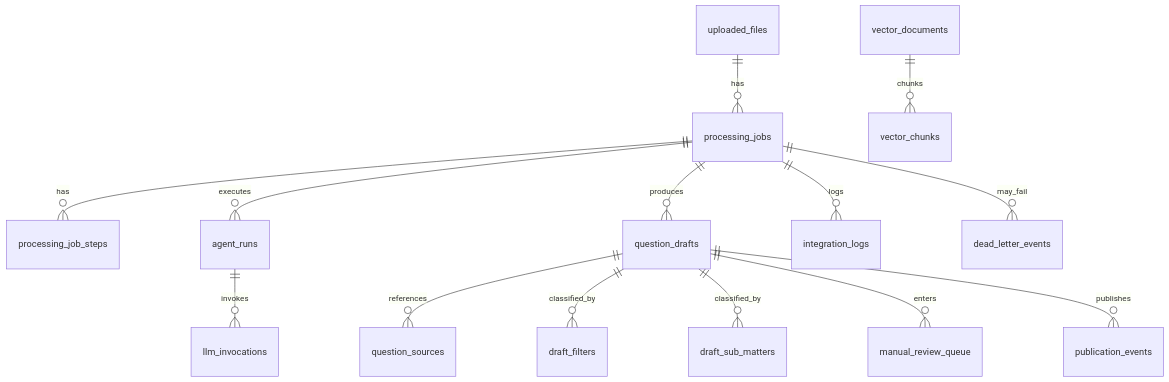
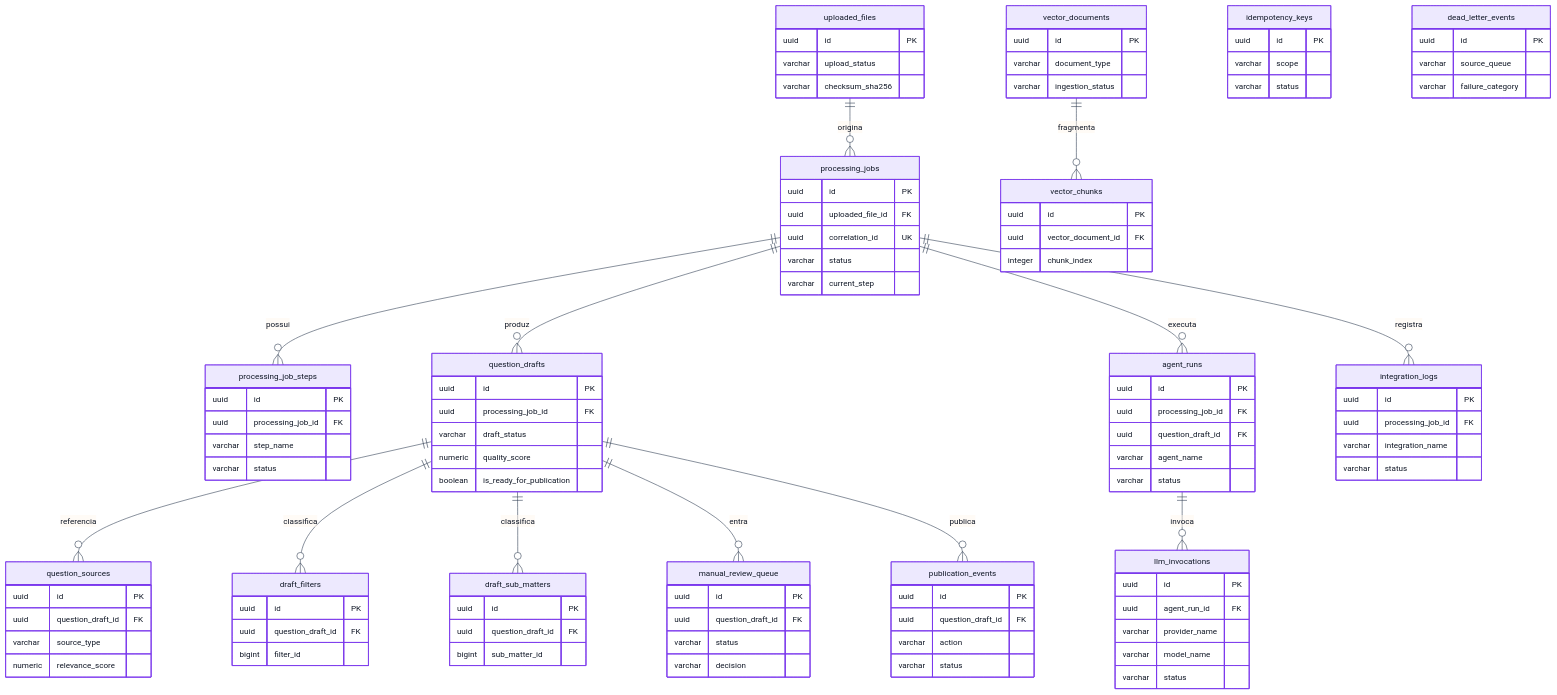
The fifth of 6 diagrams in README.md (matheusdiamantino-betalent/IA), drawn with Mermaid before and after one commit. The commit also changed other lines of this file, not shown here.

````diff
--- a/README.md
+++ b/README.md
@@ -714,16 +825,136 @@
 ```mermaid
+%%{init: {
+  "theme": "base",
+  "themeVariables": {
+    "primaryColor": "#ede9fe",
+    "primaryTextColor": "#111827",
+    "primaryBorderColor": "#7c3aed",
+    "lineColor": "#334155",
+    "secondaryColor": "#dcfce7",
+    "tertiaryColor": "#fff7ed",
+    "fontSize": "14px"
+  }
+}}%%
 erDiagram
-    uploaded_files ||--o{ processing_jobs : has
-    processing_jobs ||--o{ processing_job_steps : has
-    processing_jobs ||--o{ agent_runs : executes
-    processing_jobs ||--o{ question_drafts : produces
-    question_drafts ||--o{ question_sources : references
-    question_drafts ||--o{ draft_filters : classified_by
-    question_drafts ||--o{ draft_sub_matters : classified_by
-    question_drafts ||--o{ manual_review_queue : enters
-    question_drafts ||--o{ publication_events : publishes
-    vector_documents ||--o{ vector_chunks : chunks
-    agent_runs ||--o{ llm_invocations : invokes
-    processing_jobs ||--o{ integration_logs : logs
-    processing_jobs ||--o{ dead_letter_events : may_fail
+    uploaded_files {
+        uuid id PK
+        varchar upload_status
+        varchar checksum_sha256
+    }
+
+    processing_jobs {
+        uuid id PK
+        uuid uploaded_file_id FK
+        uuid correlation_id UK
+        varchar status
+        varchar current_step
+    }
+
+    processing_job_steps {
+        uuid id PK
+        uuid processing_job_id FK
+        varchar step_name
+        varchar status
+    }
+
+    question_drafts {
+        uuid id PK
+        uuid processing_job_id FK
+        varchar draft_status
+        numeric quality_score
+        boolean is_ready_for_publication
+    }
+
+    question_sources {
+        uuid id PK
+        uuid question_draft_id FK
+        varchar source_type
+        numeric relevance_score
+    }
+
+    draft_filters {
+        uuid id PK
+        uuid question_draft_id FK
+        bigint filter_id
+    }
+
+    draft_sub_matters {
+        uuid id PK
+        uuid question_draft_id FK
+        bigint sub_matter_id
+    }
+
+    agent_runs {
+        uuid id PK
+        uuid processing_job_id FK
+        uuid question_draft_id FK
+        varchar agent_name
+        varchar status
+    }
+
+    llm_invocations {
+        uuid id PK
+        uuid agent_run_id FK
+        varchar provider_name
+        varchar model_name
+        varchar status
+    }
+
+    integration_logs {
+        uuid id PK
+        uuid processing_job_id FK
+        varchar integration_name
+        varchar status
+    }
+
+    manual_review_queue {
+        uuid id PK
+        uuid question_draft_id FK
+        varchar status
+        varchar decision
+    }
+
+    publication_events {
+        uuid id PK
+        uuid question_draft_id FK
+        varchar action
+        varchar status
+    }
+
+    vector_documents {
+        uuid id PK
+        varchar document_type
+        varchar ingestion_status
+    }
+
+    vector_chunks {
+        uuid id PK
+        uuid vector_document_id FK
+        integer chunk_index
+    }
+
+    idempotency_keys {
+        uuid id PK
+        varchar scope
+        varchar status
+    }
+
+    dead_letter_events {
+        uuid id PK
+        varchar source_queue
+        varchar failure_category
+    }
+
+    uploaded_files ||--o{ processing_jobs : "origina"
+    processing_jobs ||--o{ processing_job_steps : "possui"
+    processing_jobs ||--o{ question_drafts : "produz"
+    question_drafts ||--o{ question_sources : "referencia"
+    question_drafts ||--o{ draft_filters : "classifica"
+    question_drafts ||--o{ draft_sub_matters : "classifica"
+    question_drafts ||--o{ manual_review_queue : "entra"
+    question_drafts ||--o{ publication_events : "publica"
+    processing_jobs ||--o{ agent_runs : "executa"
+    agent_runs ||--o{ llm_invocations : "invoca"
+    processing_jobs ||--o{ integration_logs : "registra"
+    vector_documents ||--o{ vector_chunks : "fragmenta"
 ```
````
